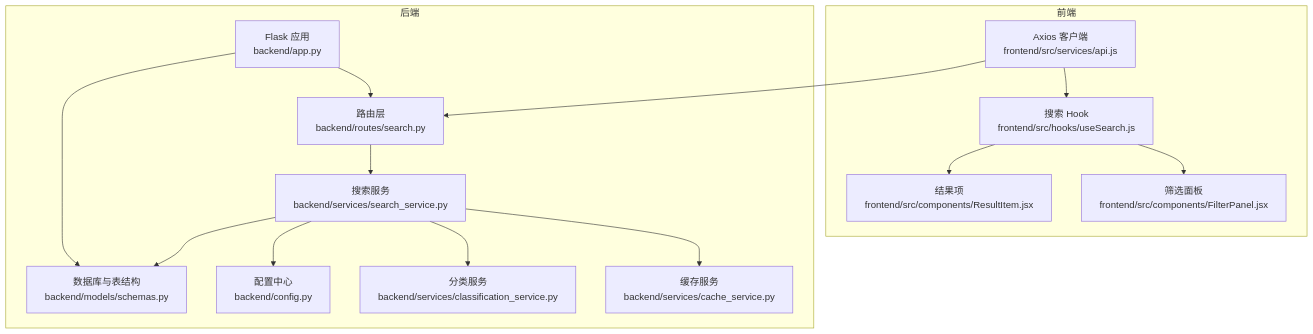
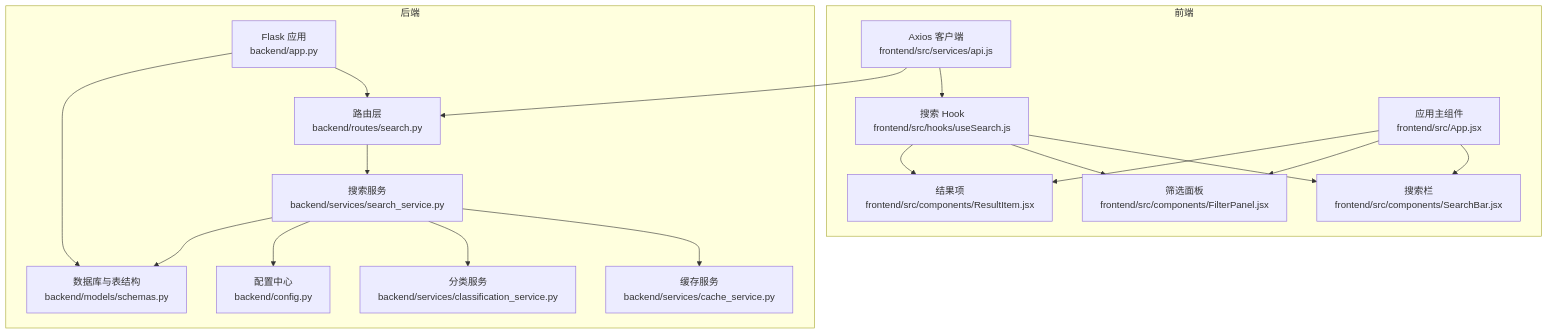
One commit to wangdy21/search_is_all_you_need changed the first of 3 diagrams in .qoder/repowiki/zh/content/API接口参考/搜索API.md. Above: the diagram before and after it, drawn with Mermaid. The commit also changed other lines of this file and 11 other files, not shown here.

````diff
--- a/.qoder/repowiki/zh/content/API接口参考/搜索API.md
+++ b/.qoder/repowiki/zh/content/API接口参考/搜索API.md
@@ -39,29 +48,35 @@
 ```mermaid
 graph TB
 subgraph "前端"
 FE_API["Axios 客户端<br/>frontend/src/services/api.js"]
 FE_HOOK["搜索 Hook<br/>frontend/src/hooks/useSearch.js"]
+FE_SEARCHBAR["搜索栏<br/>frontend/src/components/SearchBar.jsx"]
 FE_FILTER["筛选面板<br/>frontend/src/components/FilterPanel.jsx"]
 FE_ITEM["结果项<br/>frontend/src/components/ResultItem.jsx"]
+FE_APP["应用主组件<br/>frontend/src/App.jsx"]
 end
 subgraph "后端"
 APP["Flask 应用<br/>backend/app.py"]
 ROUTES["路由层<br/>backend/routes/search.py"]
 SVC_SEARCH["搜索服务<br/>backend/services/search_service.py"]
 SVC_CACHE["缓存服务<br/>backend/services/cache_service.py"]
 SVC_CLASS["分类服务<br/>backend/services/classification_service.py"]
 CFG["配置中心<br/>backend/config.py"]
 DB["数据库与表结构<br/>backend/models/schemas.py"]
 end
 FE_API --> FE_HOOK
+FE_HOOK --> FE_SEARCHBAR
 FE_HOOK --> FE_FILTER
 FE_HOOK --> FE_ITEM
+FE_APP --> FE_SEARCHBAR
+FE_APP --> FE_FILTER
+FE_APP --> FE_ITEM
 FE_API --> ROUTES
 ROUTES --> SVC_SEARCH
 SVC_SEARCH --> SVC_CACHE
 SVC_SEARCH --> SVC_CLASS
 SVC_SEARCH --> CFG
 SVC_SEARCH --> DB
 APP --> ROUTES
 APP --> DB
 ```
````
